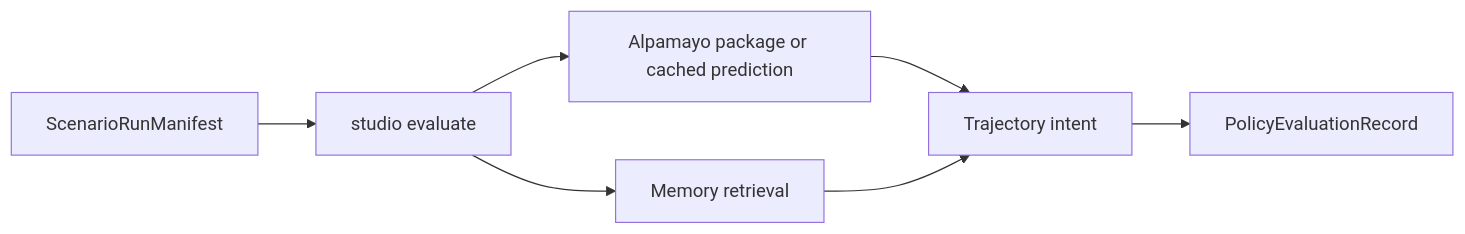
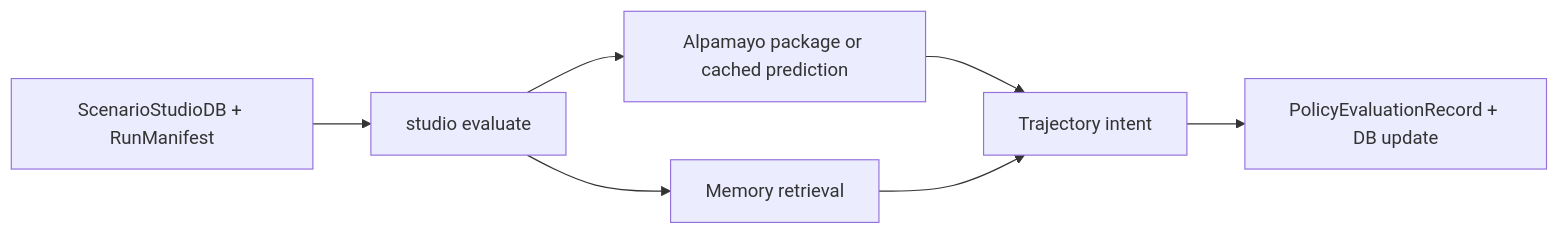
Before and after one commit to ZanarkandTechnologies/0xDriver: the diagram in tickets/TASK-117/ticket.md, drawn with Mermaid. The commit also changed other lines of this file and 8 other files, not shown here.

````diff
--- a/tickets/TASK-117/ticket.md
+++ b/tickets/TASK-117/ticket.md
@@ -31,9 +32,9 @@
 ```mermaid
 flowchart LR
-    A["ScenarioRunManifest"] --> B["studio evaluate"]
+    A["ScenarioStudioDB + RunManifest"] --> B["studio evaluate"]
     B --> C["Alpamayo package or cached prediction"]
     B --> D["Memory retrieval"]
     C --> E["Trajectory intent"]
     D --> E
-    E --> F["PolicyEvaluationRecord"]
+    E --> F["PolicyEvaluationRecord + DB update"]
 ```
````
